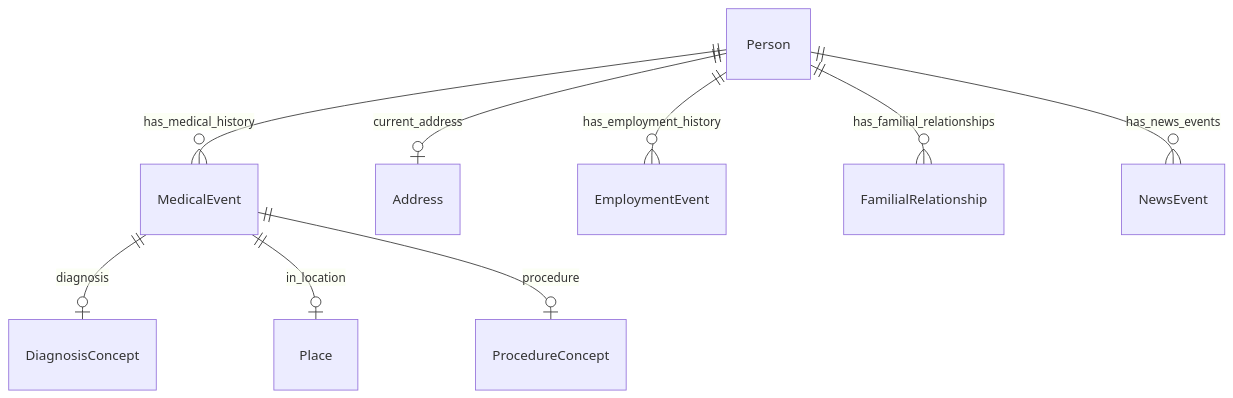
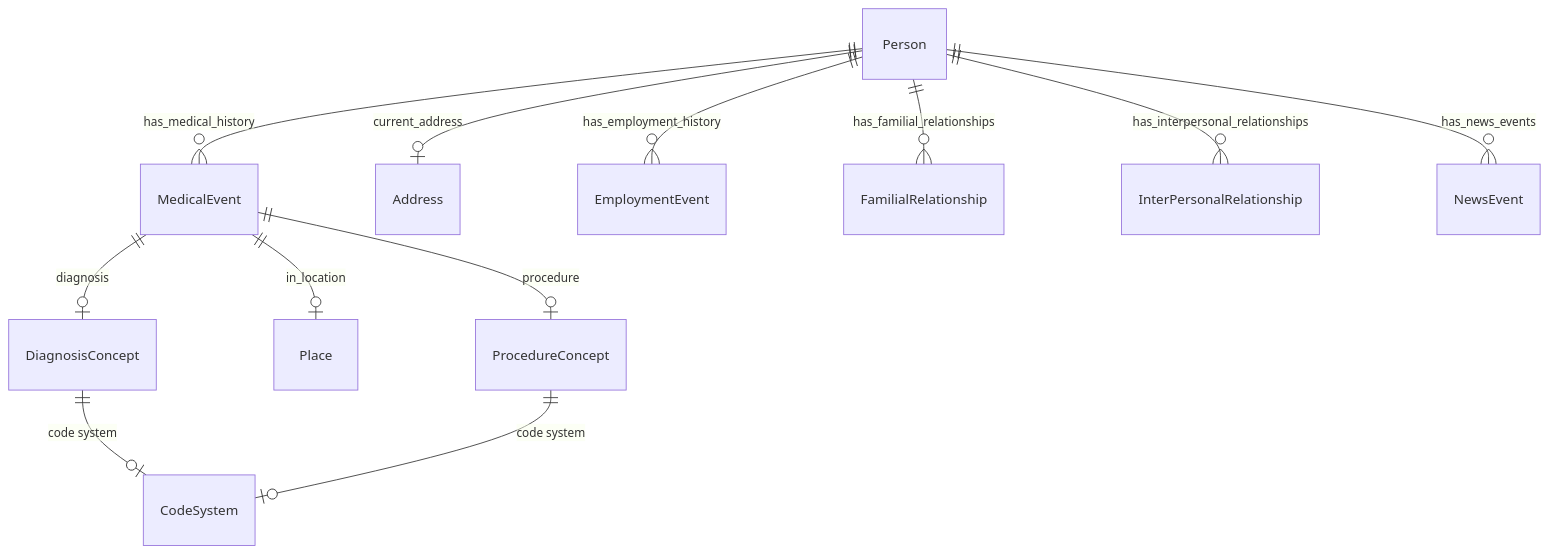
Before and after one commit to linkml/linkml: diagram 12 of 23 in tests/linkml/test_generators/__snapshots__/personinfo.md, drawn with Mermaid. The commit also changed other lines of this file, not shown here.

````diff
--- a/tests/linkml/test_generators/__snapshots__/personinfo.md
+++ b/tests/linkml/test_generators/__snapshots__/personinfo.md
@@ -432,28 +555,31 @@
 ```mermaid
 erDiagram
 DiagnosisConcept {
 
 }
 MedicalEvent {
 
 }
 Person {
 
 }
 Place {
 
 }
 ProcedureConcept {
 
 }
 
+DiagnosisConcept ||--|o CodeSystem : "code system"
 MedicalEvent ||--|o DiagnosisConcept : "diagnosis"
 MedicalEvent ||--|o Place : "in_location"
 MedicalEvent ||--|o ProcedureConcept : "procedure"
 Person ||--|o Address : "current_address"
 Person ||--}o EmploymentEvent : "has_employment_history"
 Person ||--}o FamilialRelationship : "has_familial_relationships"
+Person ||--}o InterPersonalRelationship : "has_interpersonal_relationships"
 Person ||--}o MedicalEvent : "has_medical_history"
 Person ||--}o NewsEvent : "has_news_events"
+ProcedureConcept ||--|o CodeSystem : "code system"
 
 ```
````
